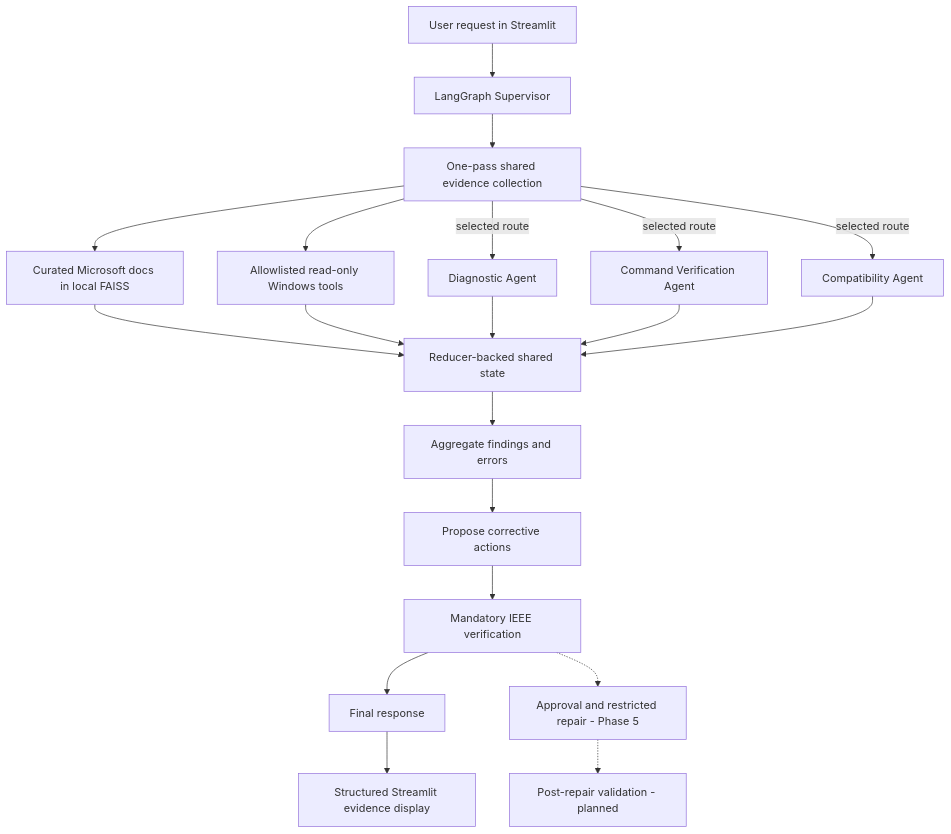
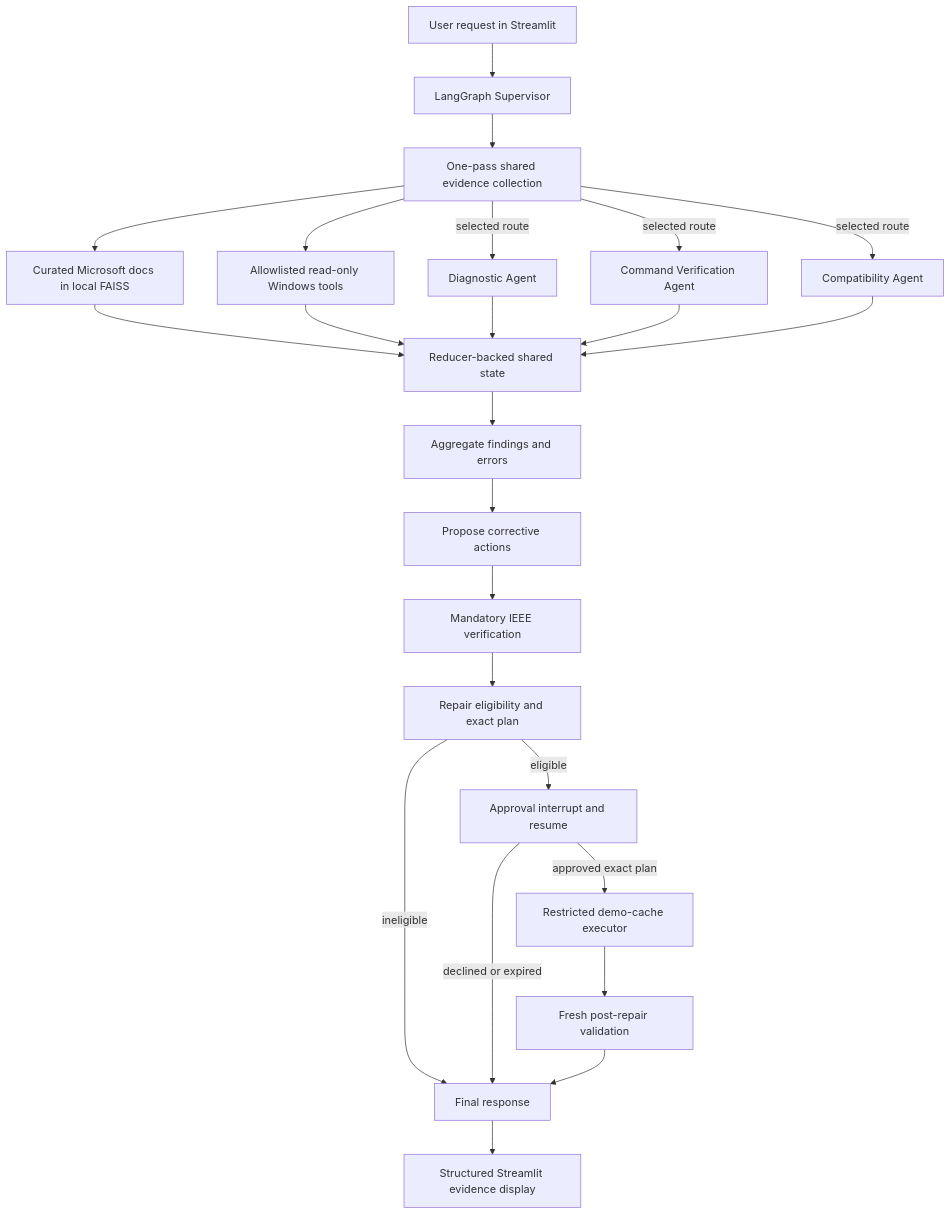
The diagram in docs/ARCHITECTURE.md (Vageesh686/osguard-ai), drawn with Mermaid before and after one commit. The commit also changed other lines of this file and 3 other files, not shown here.

````diff
--- a/docs/ARCHITECTURE.md
+++ b/docs/ARCHITECTURE.md
@@ -11,22 +12,26 @@
 ```mermaid
 flowchart TD
     U[User request in Streamlit] --> S[LangGraph Supervisor]
     S --> E[One-pass shared evidence collection]
     E --> R[Curated Microsoft docs in local FAISS]
     E --> T[Allowlisted read-only Windows tools]
     R --> X[Reducer-backed shared state]
     T --> X
     E -->|selected route| D[Diagnostic Agent]
     E -->|selected route| C[Command Verification Agent]
     E -->|selected route| K[Compatibility Agent]
     D --> X
     C --> X
     K --> X
     X --> A[Aggregate findings and errors]
     A --> P[Propose corrective actions]
     P --> I[Mandatory IEEE verification]
-    I --> F[Final response]
+    I --> P5[Repair eligibility and exact plan]
+    P5 -->|ineligible| F[Final response]
+    P5 -->|eligible| AP[Approval interrupt and resume]
+    AP -->|declined or expired| F
+    AP -->|approved exact plan| EX[Restricted demo-cache executor]
+    EX --> V[Fresh post-repair validation]
+    V --> F
     F --> UI[Structured Streamlit evidence display]
-    I -.-> AP[Approval and restricted repair - Phase 5]
-    AP -.-> V[Post-repair validation - planned]
 ```
````
